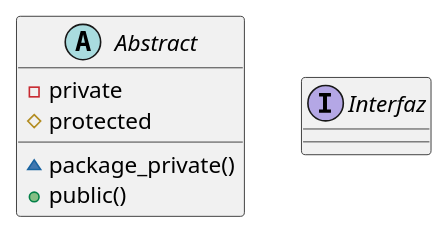
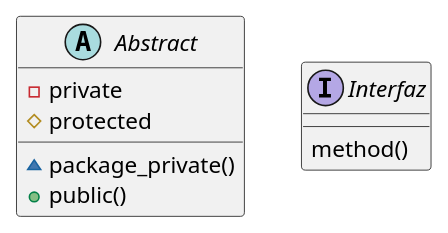
The diagram in uml/diagrama8.puml (Espadv69/uml-begginer), drawn with PlantUML before and after one commit.

Commit message:
Update: content into Interfaz.

```diff
--- a/uml/diagrama8.puml
+++ b/uml/diagrama8.puml
@@ -1,14 +1,16 @@
 @startuml diagrama8
 
     abstract Abstract {
         -private
         #protected
         ~package_private()
         +public()
     }
 
     interface Interfaz {
-        
+        method()
     }
 
+
+
 @enduml
```
